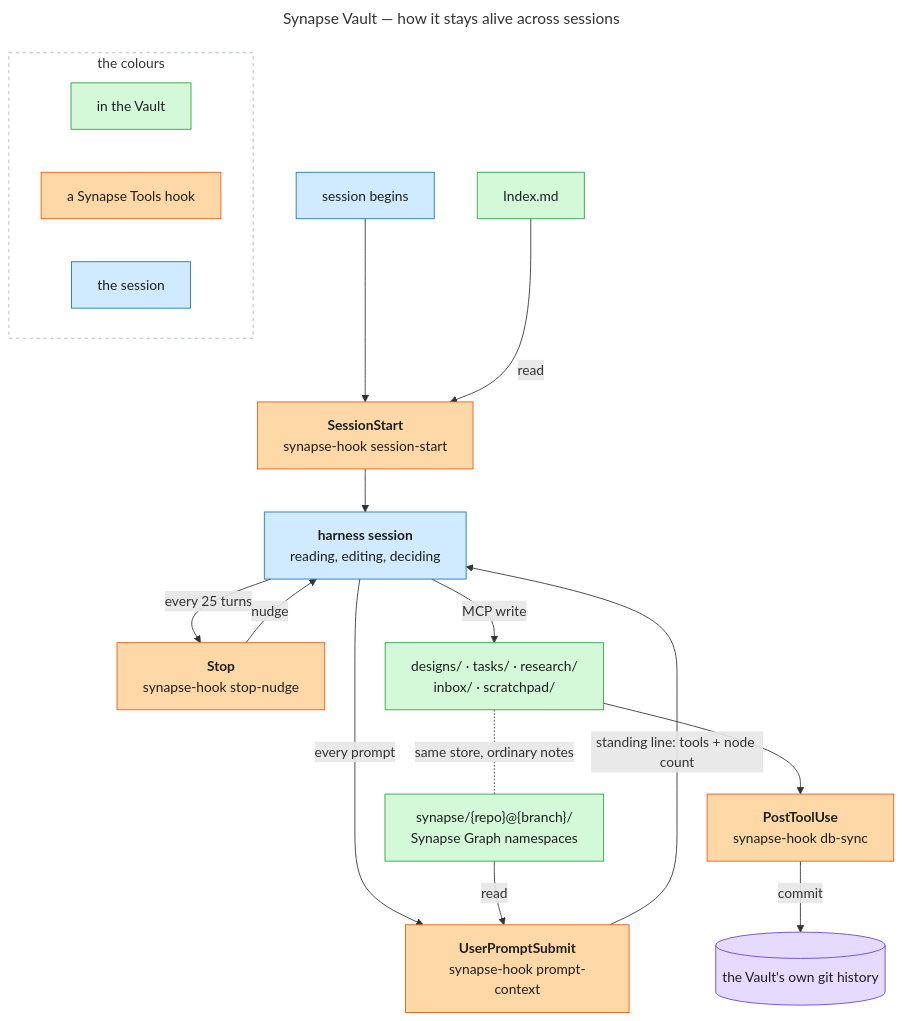
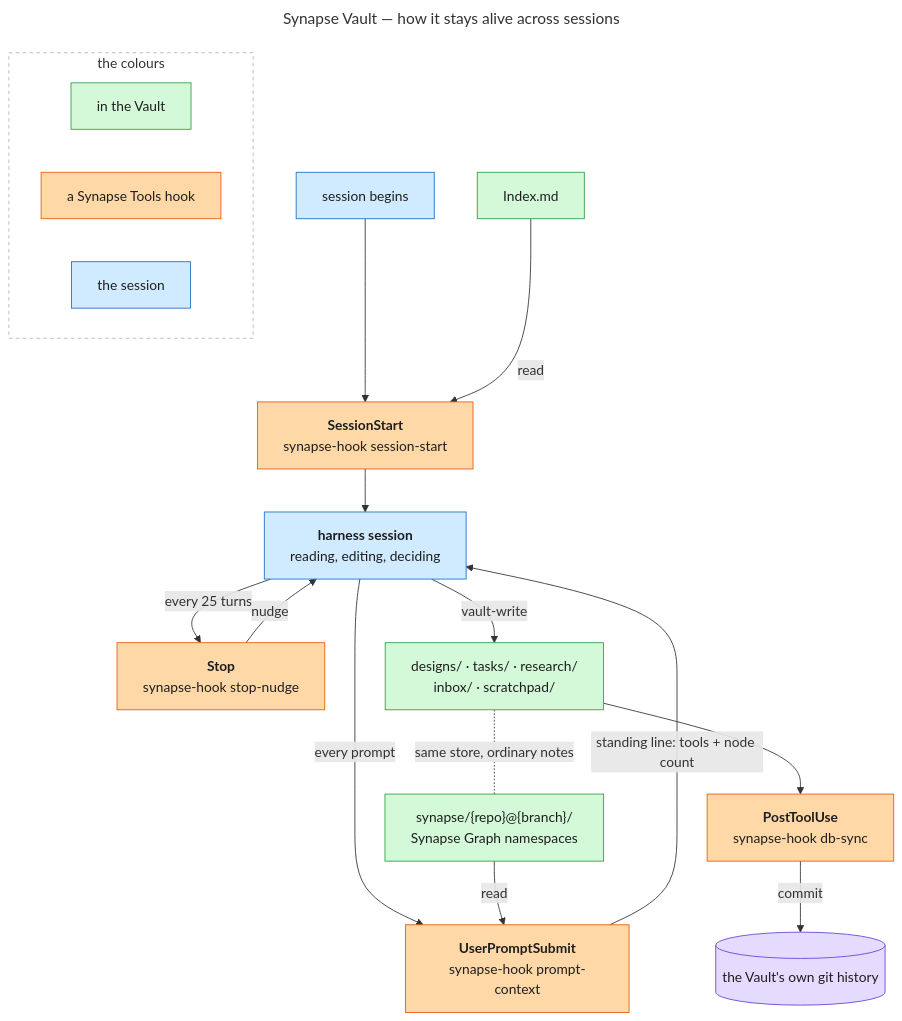
One commit to imunitic/synapse changed the diagram in docs/synapse/diagrams/synapse-vault-overview.mmd. Above: the diagram before and after it, drawn with Mermaid. The commit also changed 12 other files, not shown here.

```diff
--- a/docs/synapse/diagrams/synapse-vault-overview.mmd
+++ b/docs/synapse/diagrams/synapse-vault-overview.mmd
@@ -1,58 +1,58 @@
 ---
 title: Synapse Vault — how it stays alive across sessions
 ---
 %% Kept deliberately flat: NO subgraph for the Vault. Mermaid drew its cluster box
 %% around the hooks and the session too, which reads as "these live inside the
 %% Vault" -- false. Colour carries membership instead, and edge labels are held
 %% to two or three words. Long labels on crossing edges land on top of boxes.
 %% -- Boxes carry NAMES. What each hook actually does is in the reference table
 %% under this diagram in docs/synapse-vault.md: a rectangle holding five lines of
 %% mechanism is a paragraph in a box, unreadable at exactly the glance a diagram
 %% exists to serve.
 flowchart TB
     classDef hook fill:#ffd8a8,stroke:#e8590c,color:#1e1e1e
     classDef vault fill:#d3f9d8,stroke:#2f9e44,color:#1e1e1e
     classDef session fill:#d0ebff,stroke:#1971c2,color:#1e1e1e
     classDef store fill:#e5dbff,stroke:#6741d9,color:#1e1e1e
 
     BEGIN["session begins"]
     H1["<b>SessionStart</b><br/>synapse-hook session-start"]
     WORK["<b>harness session</b><br/>reading, editing, deciding"]
     H2["<b>Stop</b><br/>synapse-hook stop-nudge"]
     H3["<b>PostToolUse</b><br/>synapse-hook db-sync"]
     H4["<b>UserPromptSubmit</b><br/>synapse-hook prompt-context"]
 
     IDX["Index.md"]
     FOLDERS["designs/ · tasks/ · research/<br/>inbox/ · scratchpad/"]
     SYN["synapse/{repo}@{branch}/<br/>Synapse Graph namespaces"]
     GIT[("the Vault's own git history")]
 
     BEGIN --> H1
     IDX -->|"read"| H1
     H1 --> WORK
     WORK -->|"every 25 turns"| H2
     H2 -->|"nudge"| WORK
     WORK -->|"every prompt"| H4
     SYN -->|"read"| H4
     H4 -->|"standing line: tools + node count"| WORK
-    WORK -->|"MCP write"| FOLDERS
+    WORK -->|"vault-write"| FOLDERS
     FOLDERS --> H3
     H3 -->|"commit"| GIT
 
     class H1,H2,H3,H4 hook
     class IDX,FOLDERS,SYN vault
     class BEGIN,WORK session
     class GIT store
 
     FOLDERS -.-|"same store, ordinary notes"| SYN
 
     subgraph KEY["the colours"]
         direction LR
         K1["in the Vault"]
         K2["a Synapse Tools hook"]
         K3["the session"]
     end
     class K1 vault
     class K2 hook
     class K3 session
     style KEY fill:#ffffff,stroke:#adb5bd,stroke-dasharray:4 4
```
